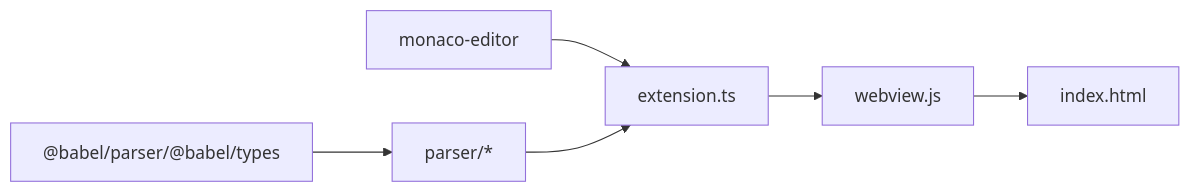
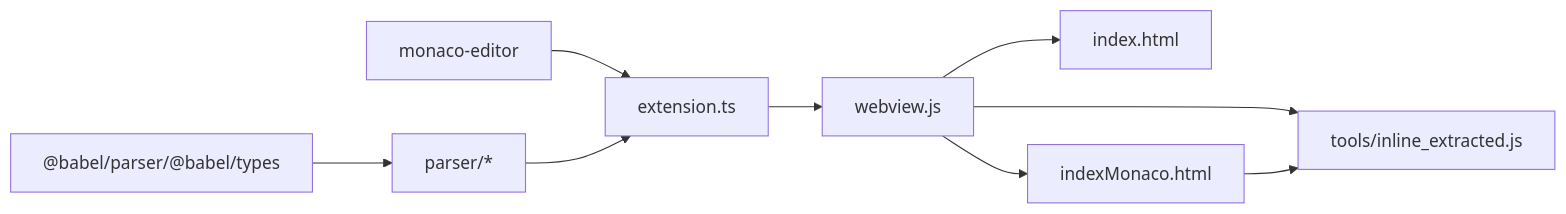
One commit to meiok1/wysjson changed the seventh of 7 diagrams in .qoder/repowiki/zh/content/示例和最佳实践/性能优化案例.md. Above: the diagram before and after it, drawn with Mermaid. The commit also changed other lines of this file and 390 other files, not shown here.

````diff
--- a/.qoder/repowiki/zh/content/示例和最佳实践/性能优化案例.md
+++ b/.qoder/repowiki/zh/content/示例和最佳实践/性能优化案例.md
@@ -263,8 +391,11 @@
 ```mermaid
 graph LR
 PKG["@babel/parser/@babel/types"] --> PARSER["parser/*"]
 MONACO["monaco-editor"] --> EXT["extension.ts"]
 PARSER --> EXT
 EXT --> WV["webview.js"]
 WV --> HTML["index.html"]
+WV --> IMONACO["indexMonaco.html"]
+WV --> INLINE["tools/inline_extracted.js"]
+IMONACO --> INLINE
 ```
````
